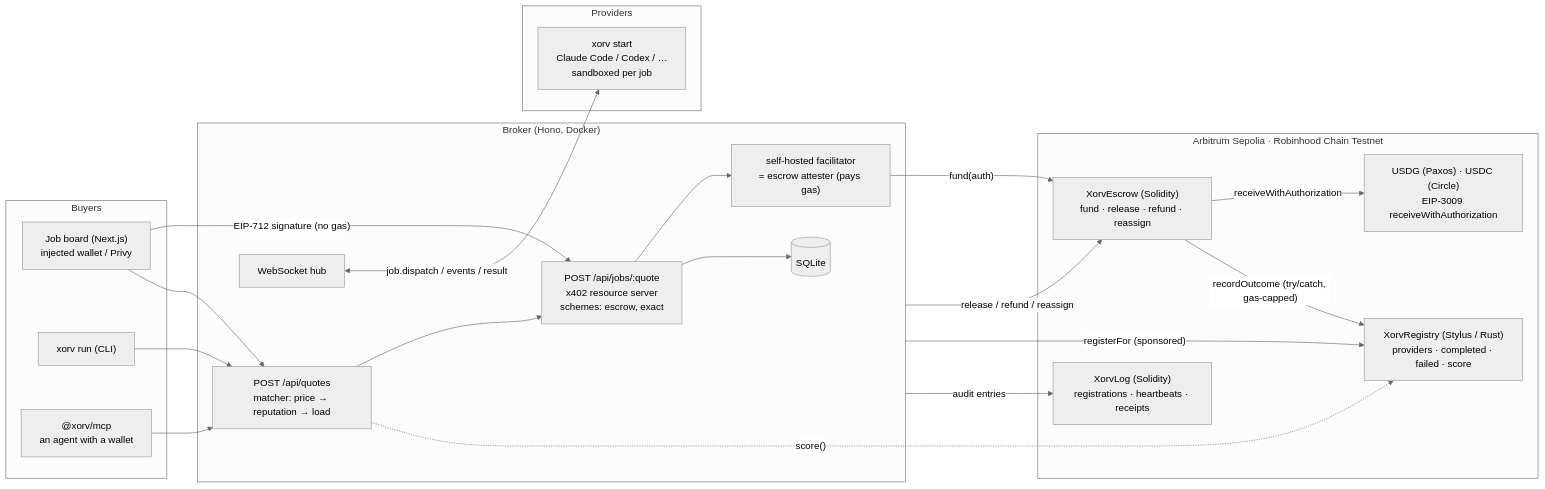
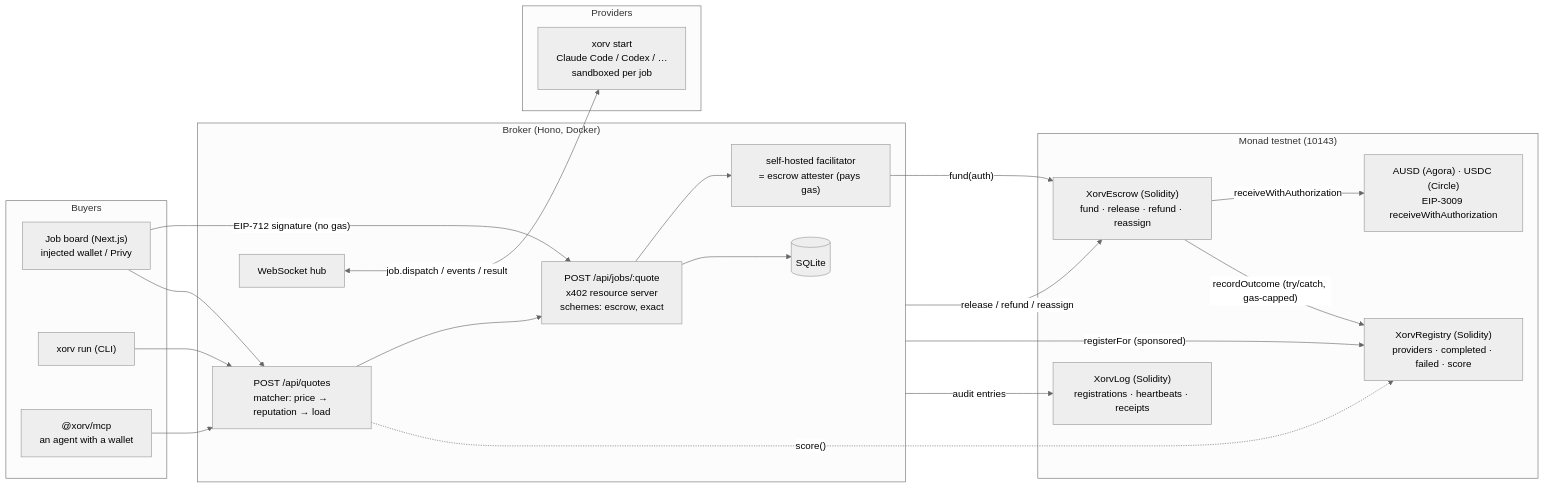
Before and after one commit to nickthelegend/xorv-monad: the diagram in ARCHITECTURE.md, drawn with Mermaid (neutral theme). The commit also changed other lines of this file and 22 other files, not shown here.

First line of the commit message:
Docs for Monad Metropolis: README, SUBMISSION, architecture, changelog

````diff
--- a/ARCHITECTURE.md
+++ b/ARCHITECTURE.md
@@ -38,42 +38,42 @@
 ```mermaid
 flowchart LR
   subgraph Buyers
     APP["Job board (Next.js)<br/>injected wallet / Privy"]
     CLI["xorv run (CLI)"]
     MCP["@xorv/mcp<br/>an agent with a wallet"]
   end
 
   subgraph Broker["Broker (Hono, Docker)"]
     Q["POST /api/quotes<br/>matcher: price → reputation → load"]
     PAY["POST /api/jobs/:quote<br/>x402 resource server<br/>schemes: escrow, exact"]
     FAC["self-hosted facilitator<br/>= escrow attester (pays gas)"]
     DB[("SQLite")]
     HUB["WebSocket hub"]
   end
 
   subgraph Providers
     NODE["xorv start<br/>Claude Code / Codex / …<br/>sandboxed per job"]
   end
 
-  subgraph Arbitrum["Arbitrum Sepolia · Robinhood Chain Testnet"]
-    TOKEN["USDG (Paxos) · USDC (Circle)<br/>EIP-3009 receiveWithAuthorization"]
+  subgraph Monad["Monad testnet (10143)"]
+    TOKEN["AUSD (Agora) · USDC (Circle)<br/>EIP-3009 receiveWithAuthorization"]
     ESC["XorvEscrow (Solidity)<br/>fund · release · refund · reassign"]
-    REG["XorvRegistry (Stylus / Rust)<br/>providers · completed · failed · score"]
+    REG["XorvRegistry (Solidity)<br/>providers · completed · failed · score"]
     LOG["XorvLog (Solidity)<br/>registrations · heartbeats · receipts"]
   end
 
   APP -- "EIP-712 signature (no gas)" --> PAY
   CLI --> Q
   MCP --> Q
   APP --> Q
   Q --> PAY --> FAC
   FAC -- "fund(auth)" --> ESC
   ESC -- "receiveWithAuthorization" --> TOKEN
   HUB <-- "job.dispatch / events / result" --> NODE
   Broker -- "release / refund / reassign" --> ESC
   ESC -- "recordOutcome (try/catch, gas-capped)" --> REG
   Broker -- "registerFor (sponsored)" --> REG
   Q -. "score()" .-> REG
   Broker -- "audit entries" --> LOG
   PAY --> DB
 ```
````
